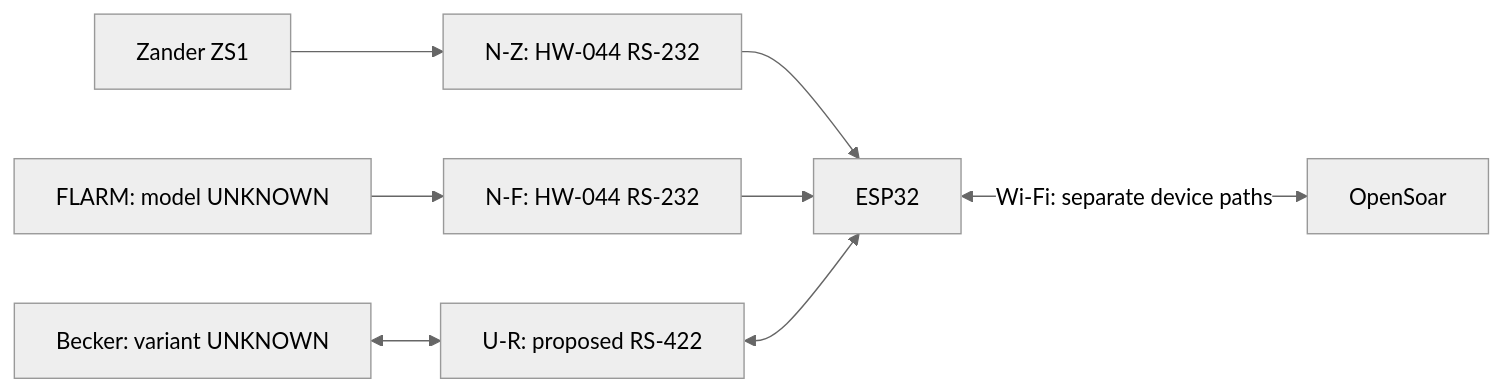
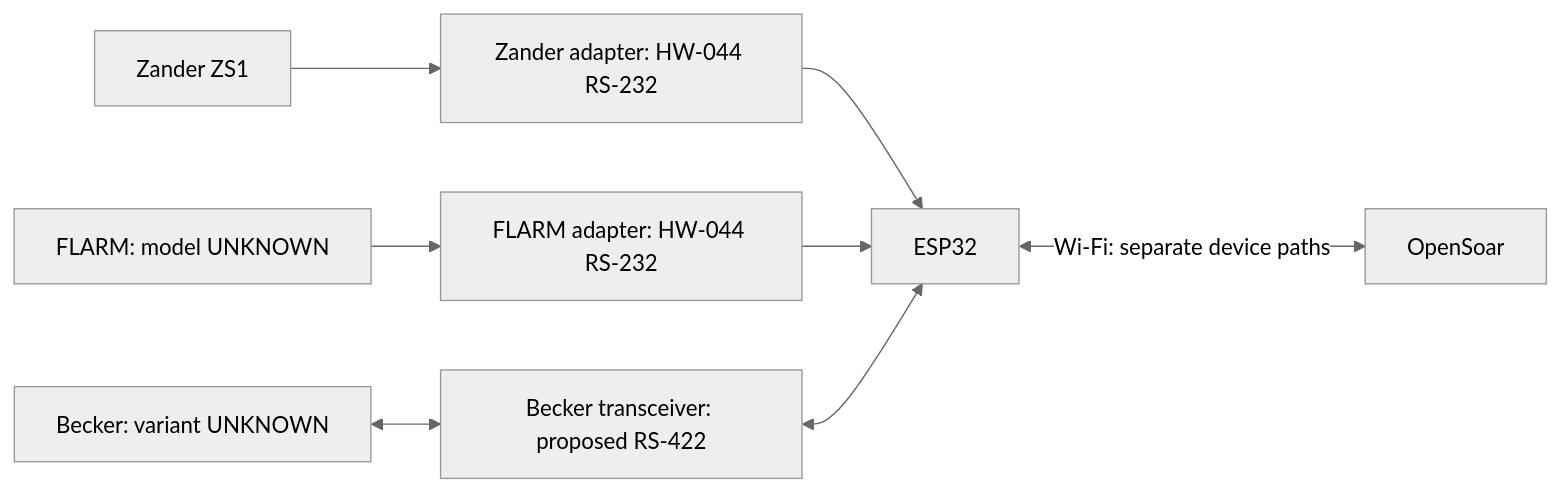
The first of 2 diagrams in docs/connections.md (MomoRC-tech/Becker-AR6201-to-OpenSoar), drawn with Mermaid (neutral theme) before and after one commit. The commit also changed other lines of this file and 6 other files, not shown here.

````diff
--- a/docs/connections.md
+++ b/docs/connections.md
@@ -9,10 +9,10 @@
 ```mermaid
 flowchart LR
-    Z[Zander ZS1] --> NZ["N-Z: HW-044 RS-232"]
-    F["FLARM: model UNKNOWN"] --> NF["N-F: HW-044 RS-232"]
+    Z[Zander ZS1] --> NZ["Zander adapter: HW-044 RS-232"]
+    F["FLARM: model UNKNOWN"] --> NF["FLARM adapter: HW-044 RS-232"]
     NZ --> E[ESP32]
     NF --> E
-    B["Becker: variant UNKNOWN"] <--> R["U-R: proposed RS-422"]
+    B["Becker: variant UNKNOWN"] <--> R["Becker transceiver: proposed RS-422"]
     R <--> E
     E <-->|Wi-Fi: separate device paths| O[OpenSoar]
 ```
````
